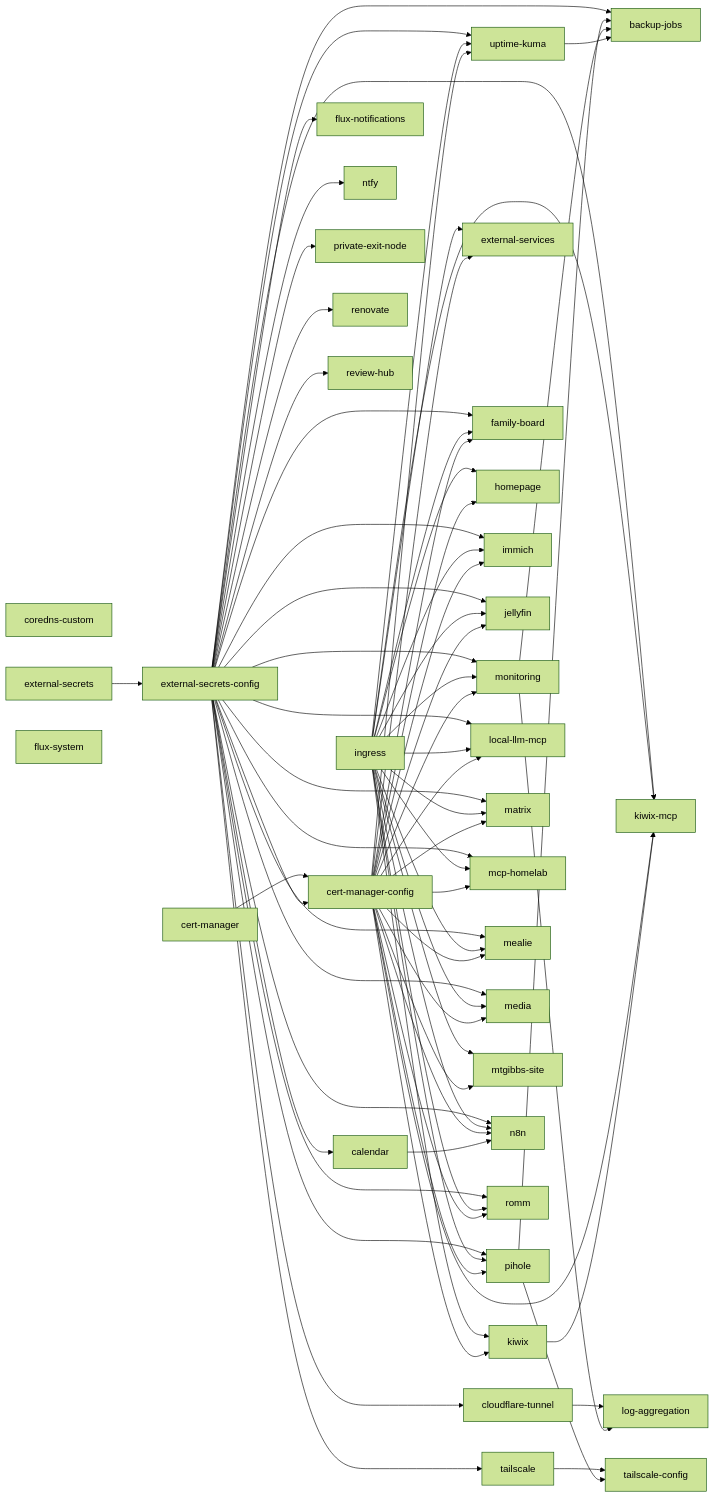
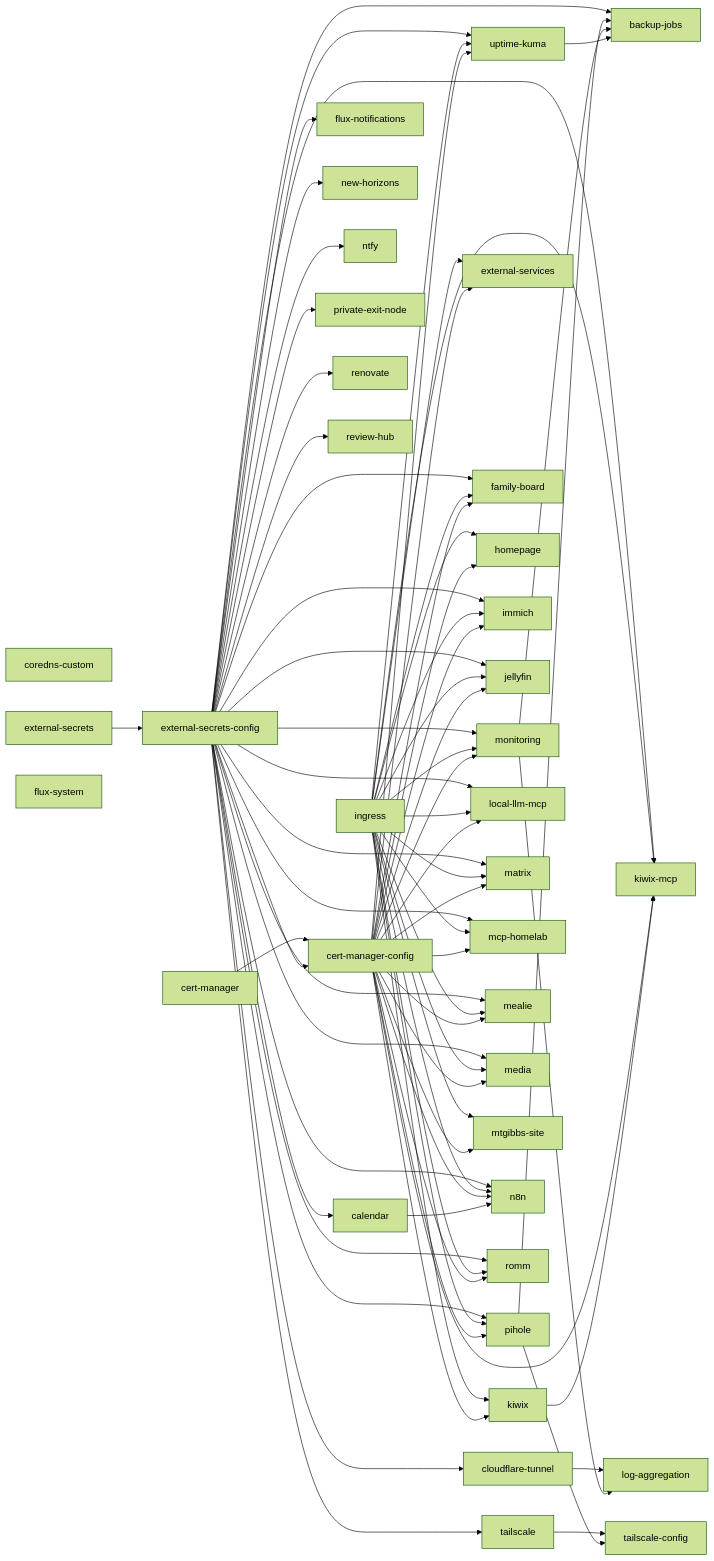
Before and after one commit to mtgibbs/pi-cluster: the diagram in docs/domain-map.md, drawn with Mermaid (forest theme). The commit also changed other lines of this file and 16 other files, not shown here.

```diff
--- a/docs/domain-map.md
+++ b/docs/domain-map.md
@@ -129,6 +129,8 @@
   kkuvy6m --> k6rwd
   k19g0j44 --> k6rwd
   kwdw79 --> k6rwd
+  k7t7fws["new-horizons"]
+  k1unc8vb --> k7t7fws
   k5v99c["ntfy"]
   k1unc8vb --> k5v99c
   k1unc8vb --> kfd8pog
```
